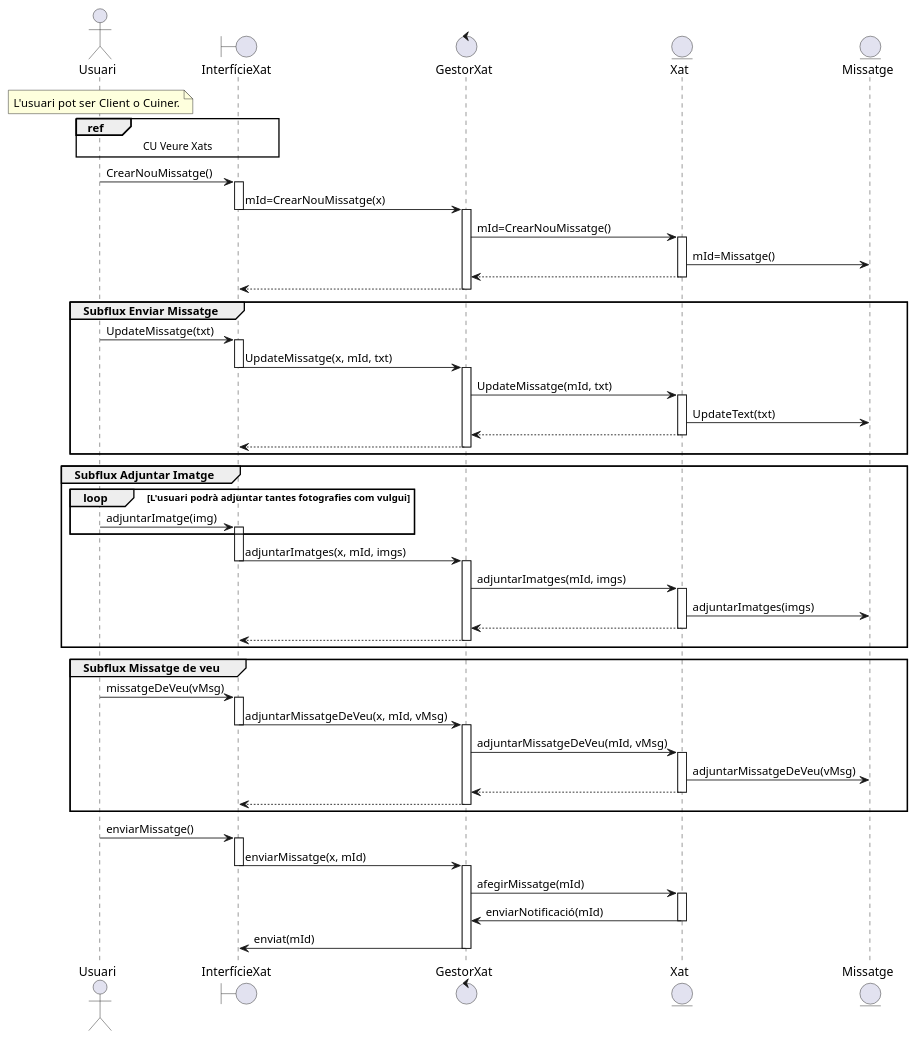
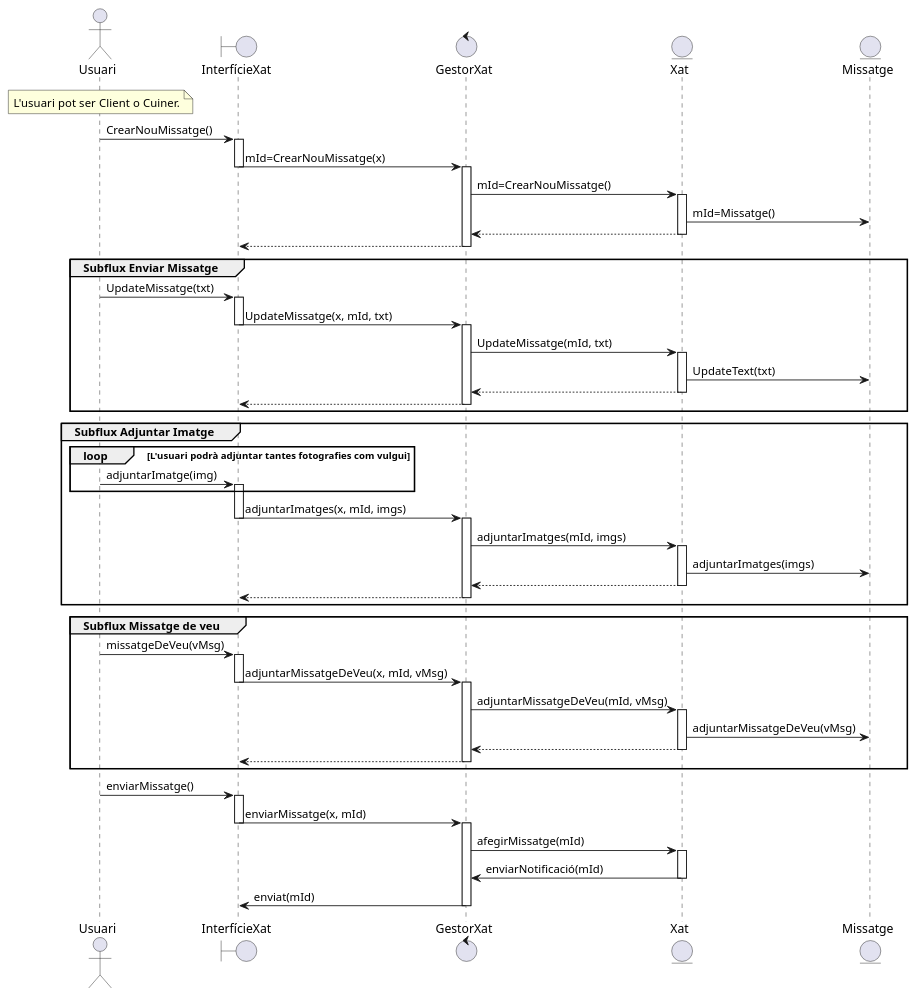
The diagram in documents/Diagrames i Especificacions/Seqüencia/Hiro! ^3^/3. Xatejar Entre Cuiner i Client.puml (martipages/ES23UAB431-02), drawn with PlantUML before and after one commit. The commit also changed 2 other files, not shown here.

```diff
--- a/documents/Diagrames i Especificacions/Seqüencia/Hiro! ^3^/3. Xatejar Entre Cuiner i Client.puml
+++ b/documents/Diagrames i Especificacions/Seqüencia/Hiro! ^3^/3. Xatejar Entre Cuiner i Client.puml
@@ -1,54 +1,52 @@
 @startuml
 
 actor Usuari
 note over Usuari: L'usuari pot ser Client o Cuiner.
 boundary InterfícieXat
 control GestorXat
 entity Xat
 entity Missatge
-
-ref over Usuari,InterfícieXat: CU Veure Xats
 
 Usuari -> InterfícieXat++: CrearNouMissatge()
 InterfícieXat -> GestorXat--++: mId=CrearNouMissatge(x)
 GestorXat->Xat++: mId=CrearNouMissatge()
 Xat->Missatge: mId=Missatge()
 Xat-->GestorXat--
 GestorXat-->InterfícieXat--
 
 group Subflux Enviar Missatge
 Usuari -> InterfícieXat++: UpdateMissatge(txt)
 InterfícieXat -> GestorXat--++: UpdateMissatge(x, mId, txt)
 GestorXat->Xat++: UpdateMissatge(mId, txt)
 Xat->Missatge: UpdateText(txt)
 Xat-->GestorXat--
 GestorXat-->InterfícieXat-- 
 end
 
 group Subflux Adjuntar Imatge
 loop L'usuari podrà adjuntar tantes fotografies com vulgui
 Usuari -> InterfícieXat++: adjuntarImatge(img)
 end
 InterfícieXat -> GestorXat--++: adjuntarImatges(x, mId, imgs)
 GestorXat->Xat++: adjuntarImatges(mId, imgs)
 Xat->Missatge: adjuntarImatges(imgs)
 Xat-->GestorXat--
 GestorXat-->InterfícieXat-- 
 end
 
 group Subflux Missatge de veu
 Usuari -> InterfícieXat++: missatgeDeVeu(vMsg)
 InterfícieXat -> GestorXat--++: adjuntarMissatgeDeVeu(x, mId, vMsg)
 GestorXat->Xat++: adjuntarMissatgeDeVeu(mId, vMsg)
 Xat->Missatge: adjuntarMissatgeDeVeu(vMsg)
 Xat-->GestorXat--
 GestorXat-->InterfícieXat-- 
 end
 
 Usuari -> InterfícieXat++: enviarMissatge()
 InterfícieXat -> GestorXat--++: enviarMissatge(x, mId)
 GestorXat->Xat++: afegirMissatge(mId)
 Xat->GestorXat--: enviarNotificació(mId)
 GestorXat->InterfícieXat--: enviat(mId)
 
 @enduml
```
